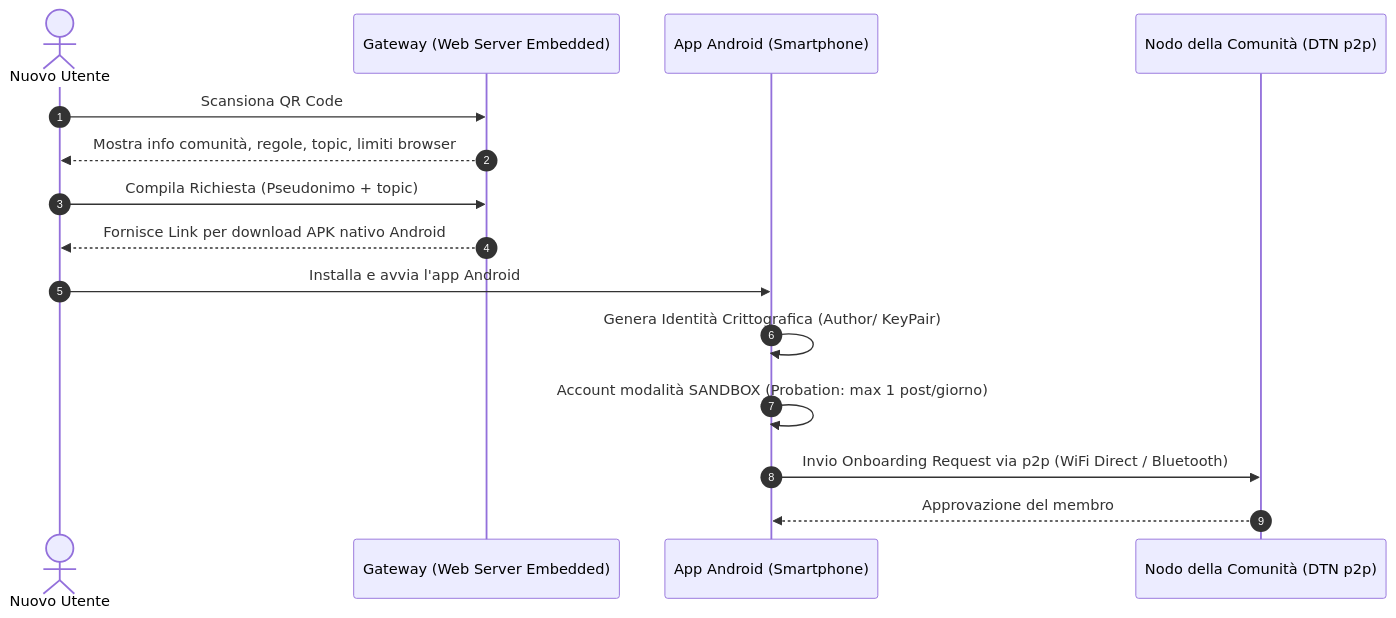
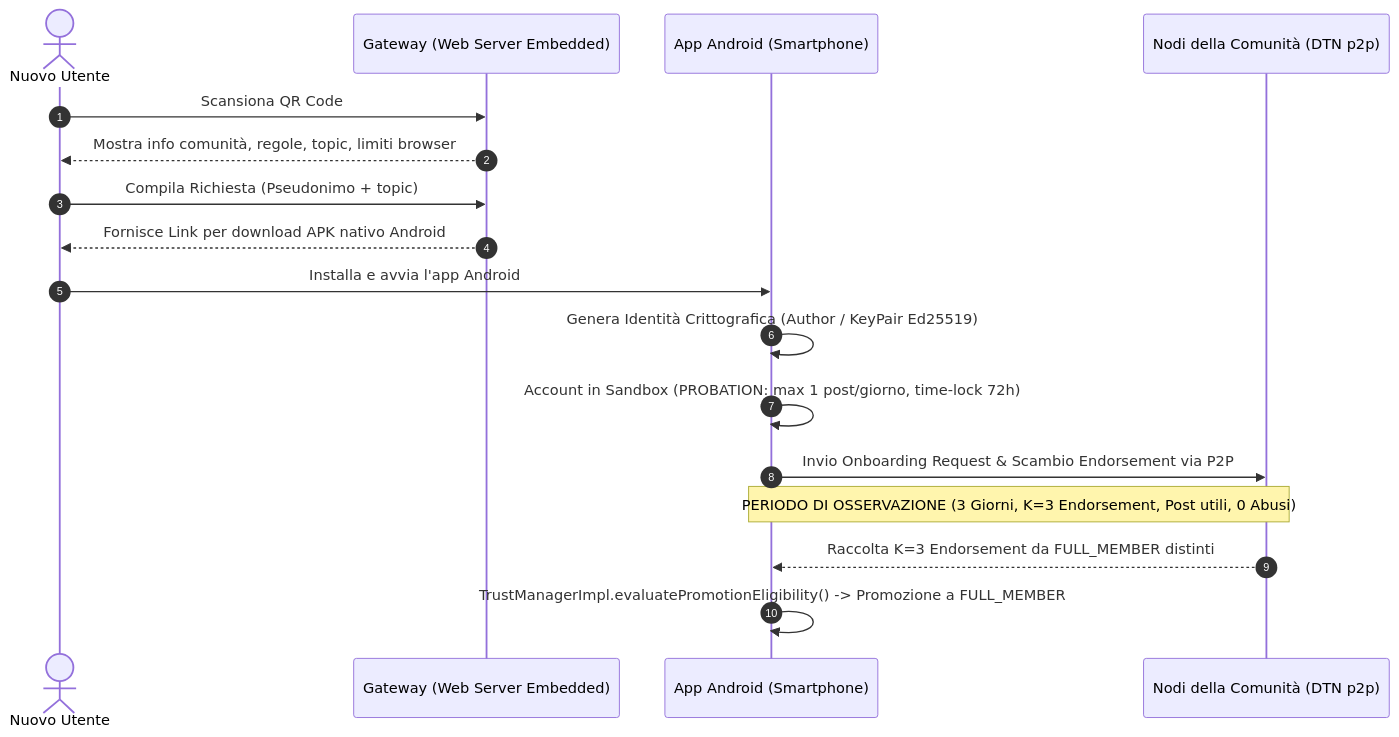
Before and after one commit to FrancescoSorini/Progetto-Tesi-Docs: the diagram in ModificheCodiceBriar/module1_browser_access_and_onboarding.md, drawn with Mermaid. The commit also changed other lines of this file and 6 other files, not shown here.

````diff
--- a/ModificheCodiceBriar/module1_browser_access_and_onboarding.md
+++ b/ModificheCodiceBriar/module1_browser_access_and_onboarding.md
@@ -8,24 +8,26 @@
 ```mermaid
 sequenceDiagram
     autonumber
     actor NuovoUtente as Nuovo Utente
     participant Gateway as Gateway (Web Server Embedded)
     participant AppAndroid as App Android (Smartphone)
-    participant NodoComunita as Nodo della Comunità (DTN p2p)
+    participant NodiComunita as Nodi della Comunità (DTN p2p)
 
-    
     NuovoUtente->>Gateway: Scansiona QR Code
     Gateway-->>NuovoUtente: Mostra info comunità, regole, topic, limiti browser
 
-    
     NuovoUtente->>Gateway: Compila Richiesta (Pseudonimo + topic)
     Gateway-->>NuovoUtente: Fornisce Link per download APK nativo Android
 
     NuovoUtente->>AppAndroid: Installa e avvia l'app Android
     
-    AppAndroid->>AppAndroid: Genera Identità Crittografica (Author/ KeyPair)
-    AppAndroid->>AppAndroid: Account modalità SANDBOX (Probation: max 1 post/giorno)
+    AppAndroid->>AppAndroid: Genera Identità Crittografica (Author / KeyPair Ed25519)
+    AppAndroid->>AppAndroid: Account in Sandbox (PROBATION: max 1 post/giorno, time-lock 72h)
 
-    AppAndroid->>NodoComunita: Invio Onboarding Request via p2p (WiFi Direct / Bluetooth)
-    NodoComunita-->>AppAndroid: Approvazione del membro
+    AppAndroid->>NodiComunita: Invio Onboarding Request & Scambio Endorsement via P2P
+    
+    Note over AppAndroid, NodiComunita: PERIODO DI OSSERVAZIONE (3 Giorni, K=3 Endorsement, Post utili, 0 Abusi)
+    
+    NodiComunita-->>AppAndroid: Raccolta K=3 Endorsement da FULL_MEMBER distinti
+    AppAndroid->>AppAndroid: TrustManagerImpl.evaluatePromotionEligibility() -> Promozione a FULL_MEMBER
 ```
````
